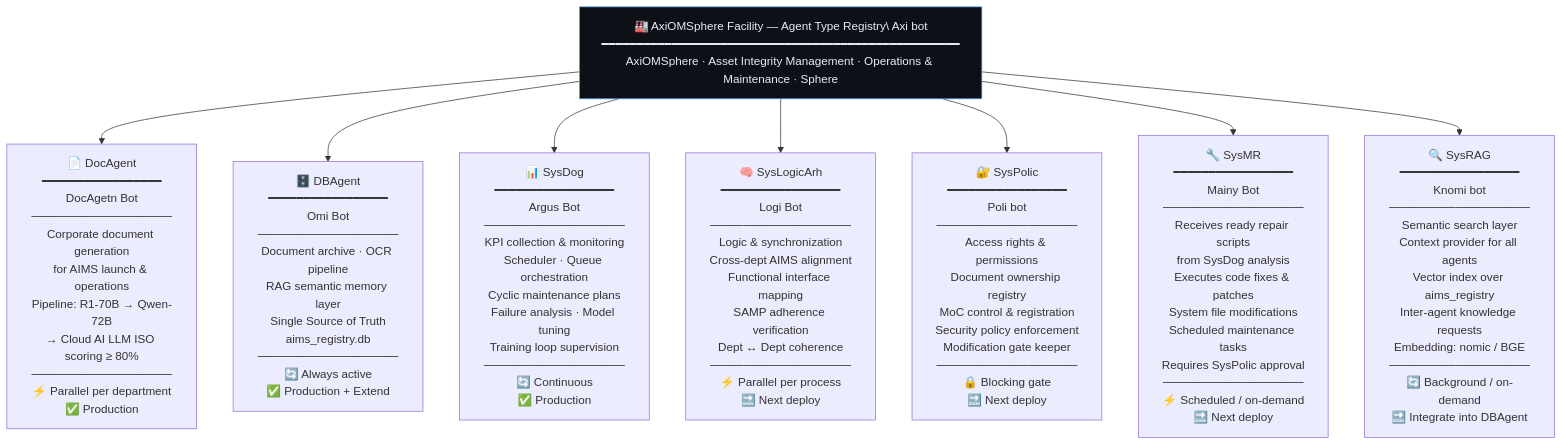
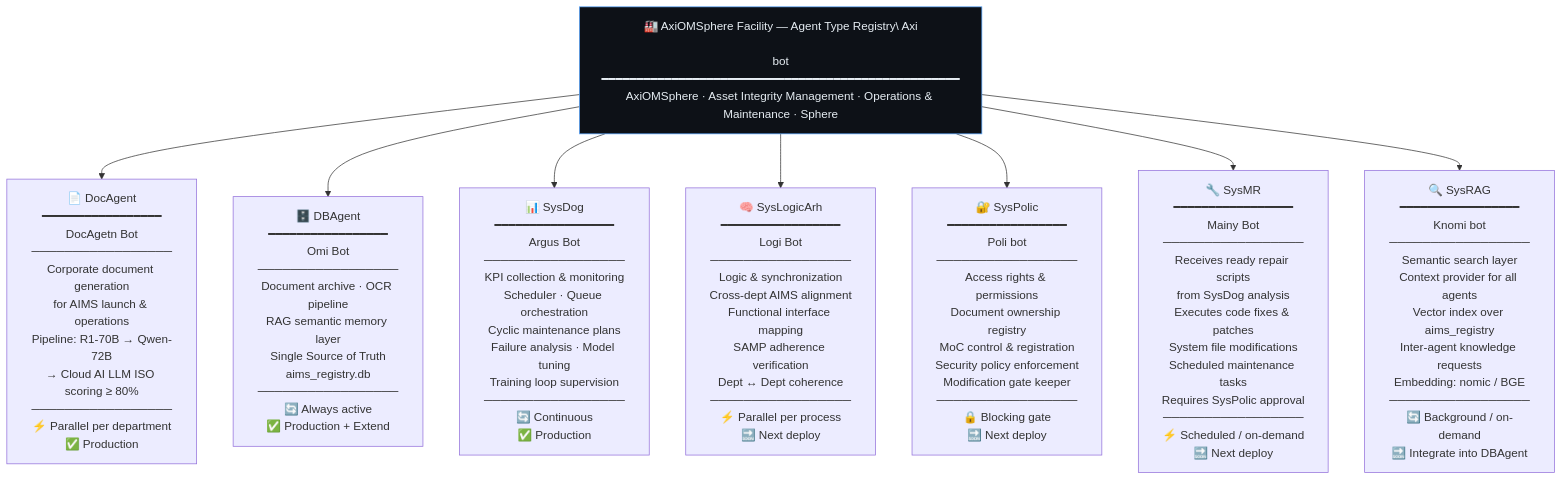
The second of 9 diagrams in README.md (AxiOMSphereAssistanceAIMS/AxiOMSphere), drawn with Mermaid before and after one commit.

````diff
--- a/README.md
+++ b/README.md
@@ -115,22 +115,24 @@
 ```mermaid
 flowchart TD
-    HEADER["🏭 AxiOMSphere Facility — Agent Type Registry\ Axi bot\n━━━━━━━━━━━━━━━━━━━━━━━━━━━━━━━━━━━━━━━━━━━━━━━━━━━\nAxiOMSphere · Asset Integrity Management · Operations & Maintenance · Sphere"]
+    HEADER["🏭 AxiOMSphere Facility — Agent Type Registry\ Axi
+
+bot\n━━━━━━━━━━━━━━━━━━━━━━━━━━━━━━━━━━━━━━━━━━━━━━━━━━━\nAxiOMSphere · Asset Integrity Management · Operations & Maintenance · Sphere"]
 
     HEADER --> T1 & T2 & T3 & T4 & T5 & T6 & T7
 
     T1["📄 DocAgent\n━━━━━━━━━━━━━━━━━\nDocAgetn Bot\n─────────────────\nCorporate document generation\nfor AIMS launch & operations\nPipeline: R1-70B → Qwen-72B\n→ Cloud AI LLM ISO scoring ≥ 80%\n─────────────────\n⚡ Parallel per department\n✅ Production"]
 
     T2["🗄️ DBAgent\n━━━━━━━━━━━━━━━━━\nOmi Bot\n─────────────────\nDocument archive · OCR pipeline\nRAG semantic memory layer\nSingle Source of Truth\naims_registry.db\n─────────────────\n🔄 Always active\n✅ Production + Extend"]
 
     T3["📊 SysDog\n━━━━━━━━━━━━━━━━━\nArgus Bot\n─────────────────\nKPI collection & monitoring\nScheduler · Queue orchestration\nCyclic maintenance plans\nFailure analysis · Model tuning\nTraining loop supervision\n─────────────────\n🔄 Continuous\n✅ Production"]
 
     T4["🧠 SysLogicArh\n━━━━━━━━━━━━━━━━━\nLogi Bot\n─────────────────\nLogic & synchronization\nCross-dept AIMS alignment\nFunctional interface mapping\nSAMP adherence verification\nDept ↔ Dept coherence\n─────────────────\n⚡ Parallel per process\n🔜 Next deploy"]
 
     T5["🔐 SysPolic\n━━━━━━━━━━━━━━━━━\nPoli bot\n─────────────────\nAccess rights & permissions\nDocument ownership registry\nMoC control & registration\nSecurity policy enforcement\nModification gate keeper\n─────────────────\n🔒 Blocking gate\n🔜 Next deploy"]
 
     T6["🔧 SysMR\n━━━━━━━━━━━━━━━━━\nMainy Bot\n─────────────────\nReceives ready repair scripts\nfrom SysDog analysis\nExecutes code fixes & patches\nSystem file modifications\nScheduled maintenance tasks\nRequires SysPolic approval\n─────────────────\n⚡ Scheduled / on-demand\n🔜 Next deploy"]
 
     T7["🔍 SysRAG\n━━━━━━━━━━━━━━━━━\nKnomi bot\n─────────────────\nSemantic search layer\nContext provider for all agents\nVector index over aims_registry\nInter-agent knowledge requests\nEmbedding: nomic / BGE\n─────────────────\n🔄 Background / on-demand\n🔜 Integrate into DBAgent"]
 
     style HEADER fill:#0d1117,stroke:#58a6ff,color:#e6edf3
 ```
````
